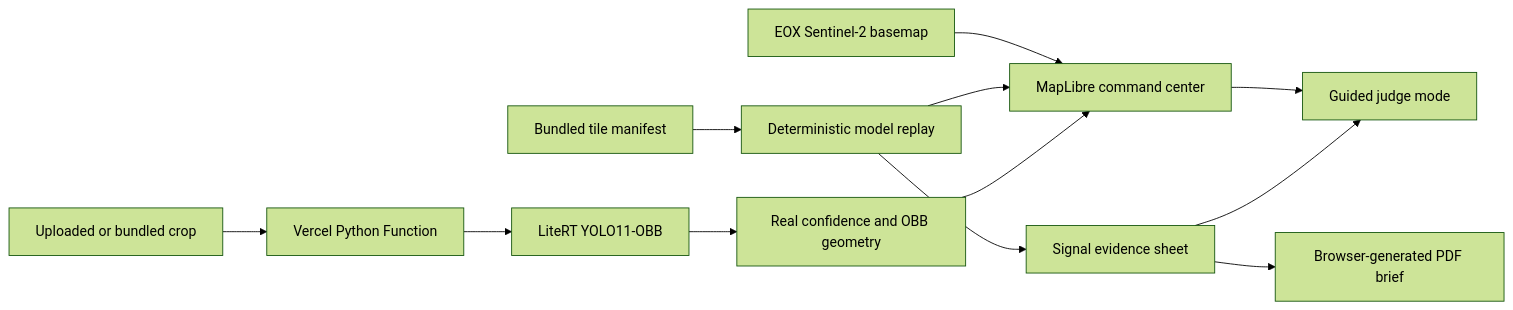
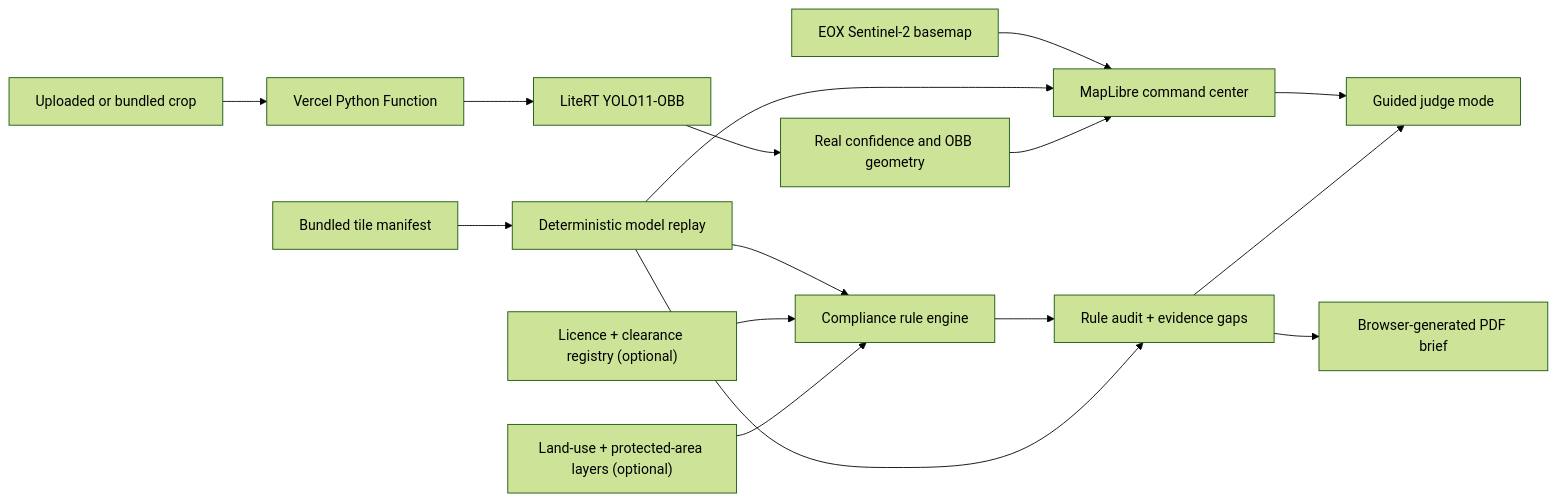
Before and after one commit to PratikDev/illegal-brick-kiln-detector: the diagram in README.md, drawn with Mermaid (forest theme). The commit also changed other lines of this file and 2 other files, not shown here.

Commit message:
docs: explain compliance evidence workflow

````diff
--- a/README.md
+++ b/README.md
@@ -123,14 +149,18 @@
 ```mermaid
 flowchart LR
     A["EOX Sentinel-2 basemap"] --> D["MapLibre command center"]
     B["Bundled tile manifest"] --> C["Deterministic model replay"]
     C --> D
-    C --> E["Signal evidence sheet"]
+    C --> L["Compliance rule engine"]
+    M["Licence + clearance registry (optional)"] --> L
+    N["Land-use + protected-area layers (optional)"] --> L
+    L --> E["Rule audit + evidence gaps"]
+    C --> E
     E --> F["Browser-generated PDF brief"]
     D --> G["Guided judge mode"]
     E --> G
     H["Uploaded or bundled crop"] --> I["Vercel Python Function"]
     I --> J["LiteRT YOLO11-OBB"]
     J --> K["Real confidence and OBB geometry"]
     K --> D
 ```
````
